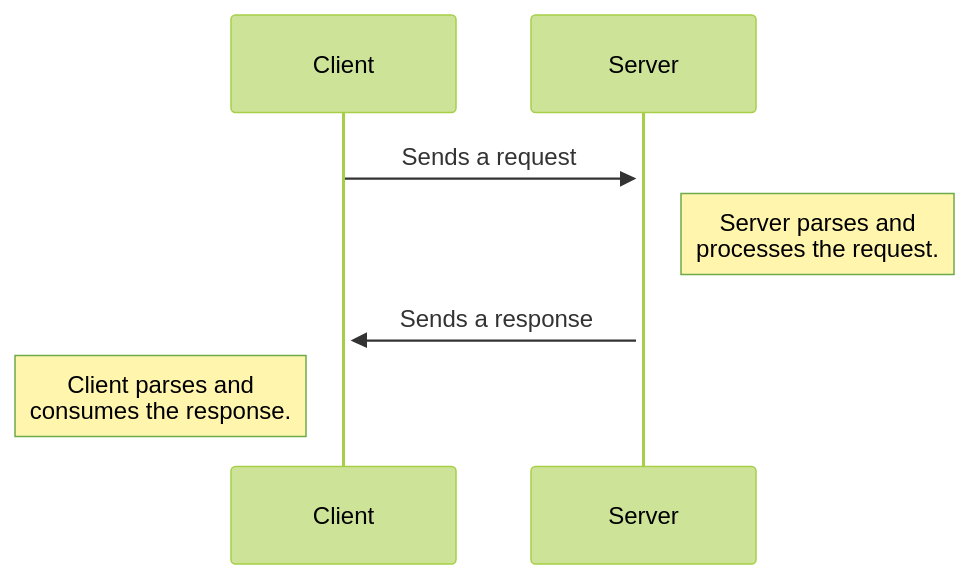
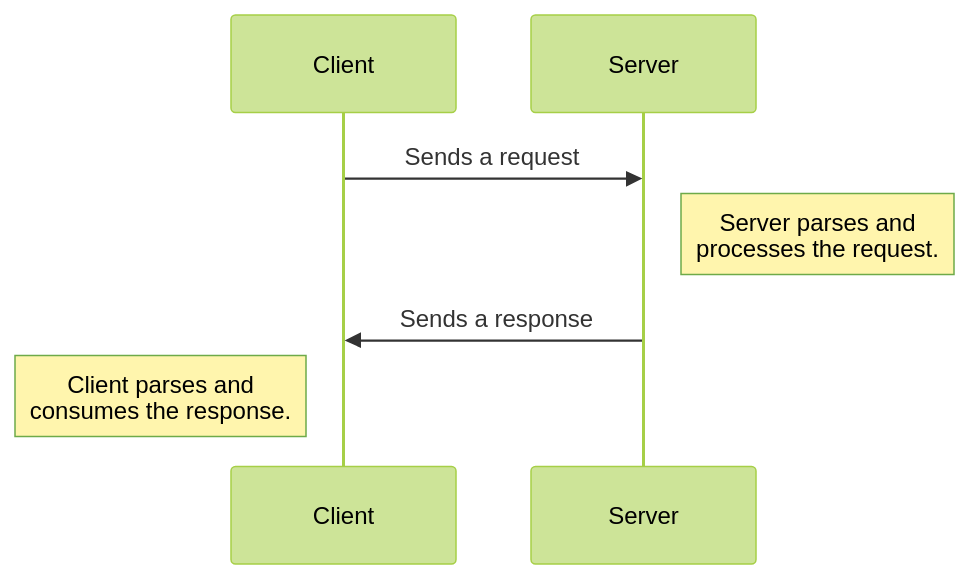
One commit to rohan843/backend-engg-notes changed the first of 4 diagrams in README.md. Above: the diagram before and after it, drawn with Mermaid (forest theme). The commit also changed other lines of this file, not shown here.

````diff
--- a/README.md
+++ b/README.md
@@ -27,9 +28,9 @@
 ```mermaid
 sequenceDiagram
     participant Client
     participant Server
-    Client->>+Server: Sends a request
+    Client->>Server: Sends a request
     Note right of Server: Server parses and <br />processes the request.
-    Server->>+Client: Sends a response
+    Server->>Client: Sends a response
     Note left of Client: Client parses and <br />consumes the response.
 ```
````
